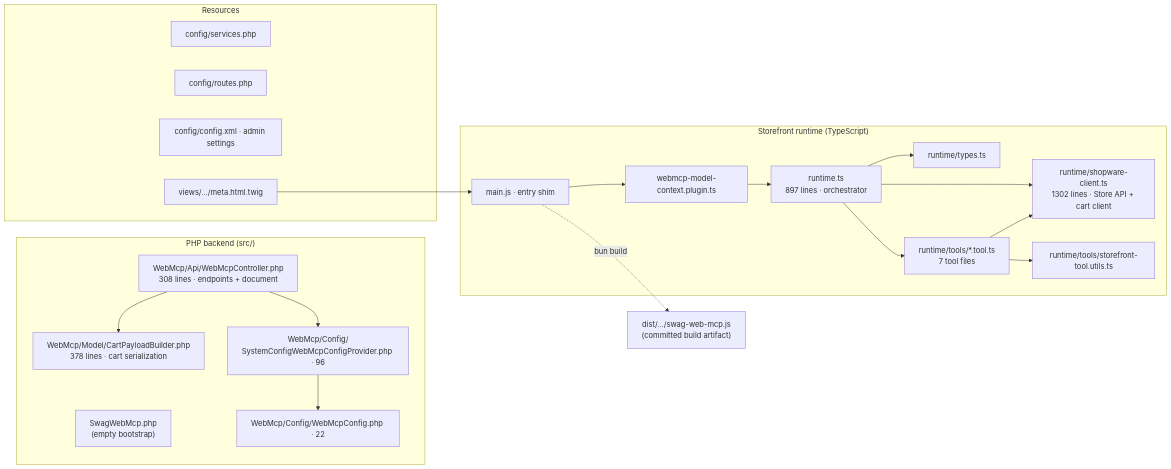
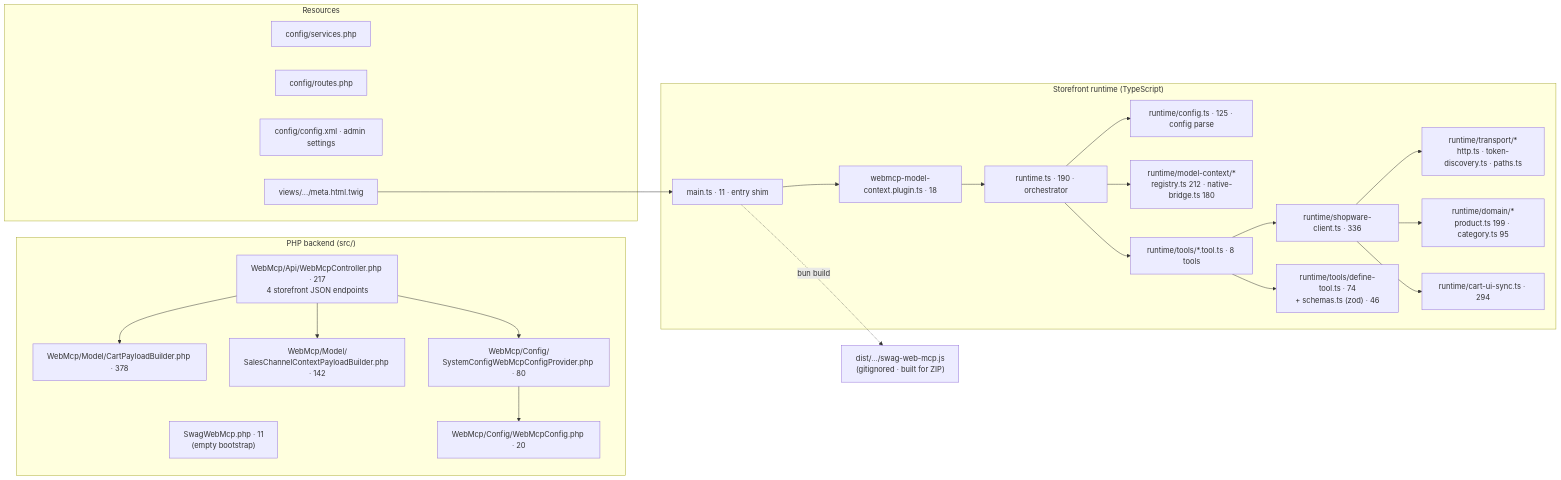
The second of 5 diagrams in docs/adr/2026-07-17-architecture-overview.md (agentic-commerce-lab/webmcp-plugin), drawn with Mermaid before and after one commit. The commit also changed other lines of this file and 2 other files, not shown here.

First line of the commit message:
Sync docs to current architecture and dev-shop test workflow

````diff
--- a/docs/adr/2026-07-17-architecture-overview.md
+++ b/docs/adr/2026-07-17-architecture-overview.md
@@ -66,40 +74,49 @@
 ```mermaid
 graph LR
     subgraph PHP["PHP backend (src/)"]
-        Boot["SwagWebMcp.php<br/>(empty bootstrap)"]
-        Ctrl["WebMcp/Api/WebMcpController.php<br/>308 lines · endpoints + document"]
-        CfgP["WebMcp/Config/<br/>SystemConfigWebMcpConfigProvider.php · 96"]
-        CfgDTO["WebMcp/Config/WebMcpConfig.php · 22"]
-        Cart["WebMcp/Model/CartPayloadBuilder.php<br/>378 lines · cart serialization"]
+        Boot["SwagWebMcp.php · 11<br/>(empty bootstrap)"]
+        Ctrl["WebMcp/Api/WebMcpController.php · 217<br/>4 storefront JSON endpoints"]
+        CfgP["WebMcp/Config/<br/>SystemConfigWebMcpConfigProvider.php · 80"]
+        CfgDTO["WebMcp/Config/WebMcpConfig.php · 20"]
+        Cart["WebMcp/Model/CartPayloadBuilder.php · 378"]
+        Scc["WebMcp/Model/<br/>SalesChannelContextPayloadBuilder.php · 142"]
     end
 
     subgraph Res["Resources"]
         Services["config/services.php"]
         Routes["config/routes.php"]
         Xml["config/config.xml · admin settings"]
         Meta["views/.../meta.html.twig"]
     end
 
     subgraph TS["Storefront runtime (TypeScript)"]
-        Main["main.js · entry shim"]
-        Plug["webmcp-model-context.plugin.ts"]
-        RT["runtime.ts<br/>897 lines · orchestrator"]
-        Types["runtime/types.ts"]
-        SWClient["runtime/shopware-client.ts<br/>1302 lines · Store API + cart client"]
-        Utils["runtime/tools/storefront-tool.utils.ts"]
-        Tools["runtime/tools/*.tool.ts<br/>7 tool files"]
+        Main["main.ts · 11 · entry shim"]
+        Plug["webmcp-model-context.plugin.ts · 18"]
+        RT["runtime.ts · 190 · orchestrator"]
+        Cfg["runtime/config.ts · 125 · config parse"]
+        MC["runtime/model-context/*<br/>registry.ts 212 · native-bridge.ts 180"]
+        Trans["runtime/transport/*<br/>http.ts · token-discovery.ts · paths.ts"]
+        Dom["runtime/domain/*<br/>product.ts 199 · category.ts 95"]
+        SWClient["runtime/shopware-client.ts · 336"]
+        Sync["runtime/cart-ui-sync.ts · 294"]
+        Factory["runtime/tools/define-tool.ts · 74<br/>+ schemas.ts (zod) · 46"]
+        Tools["runtime/tools/*.tool.ts · 8 tools"]
     end
 
-    Dist["dist/.../swag-web-mcp.js<br/>(committed build artifact)"]
+    Dist["dist/.../swag-web-mcp.js<br/>(gitignored · built for ZIP)"]
 
     Meta --> Main --> Plug --> RT
-    RT --> SWClient
+    RT --> Cfg
+    RT --> MC
     RT --> Tools
+    Tools --> Factory
     Tools --> SWClient
-    Tools --> Utils
-    RT --> Types
+    SWClient --> Trans
+    SWClient --> Dom
+    SWClient --> Sync
     Ctrl --> Cart
+    Ctrl --> Scc
     Ctrl --> CfgP
     CfgP --> CfgDTO
     Main -.->|bun build| Dist
 ```
````
